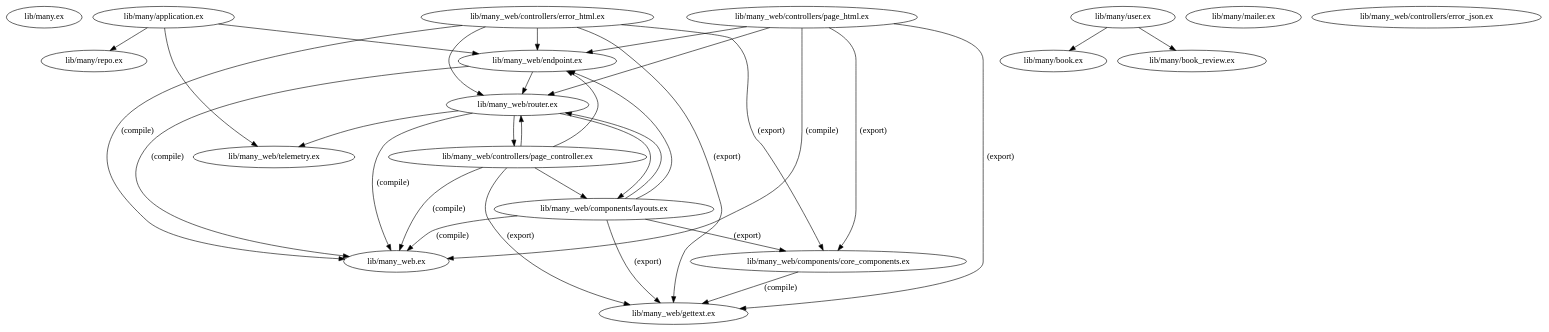
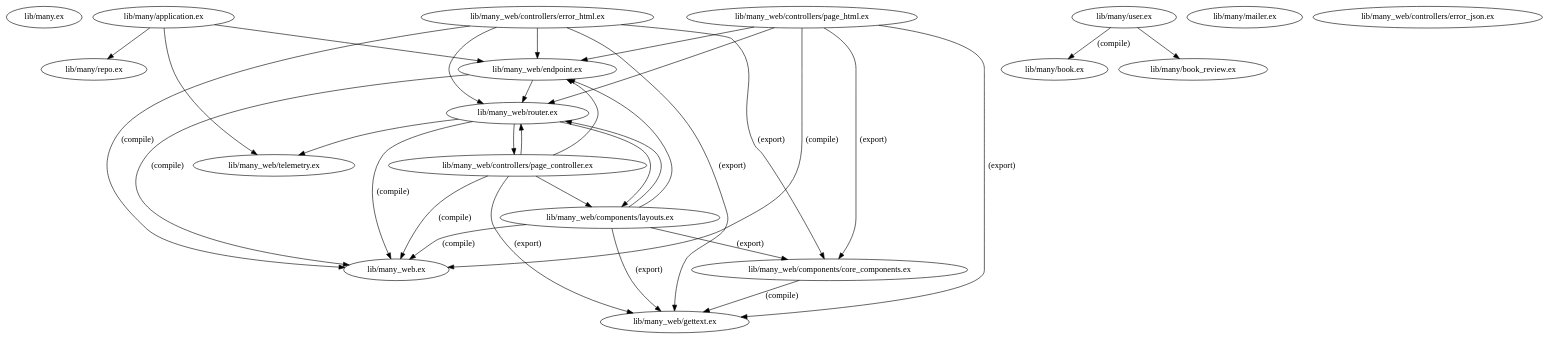
The diagram in xref_graph.dot (axelson/typed_ecto_schema_repro), drawn with Graphviz before and after one commit. The commit also changed 3 other files, not shown here.

Commit message:
Add typed ecto schema

```diff
--- a/xref_graph.dot
+++ b/xref_graph.dot
@@ -1,52 +1,52 @@
 digraph "xref graph" {
   "lib/many.ex"
   "lib/many/application.ex"
   "lib/many/application.ex" -> "lib/many/repo.ex"
   "lib/many/application.ex" -> "lib/many_web/endpoint.ex"
   "lib/many_web/endpoint.ex" -> "lib/many_web.ex" [label="(compile)"]
   "lib/many_web/endpoint.ex" -> "lib/many_web/router.ex"
   "lib/many_web/router.ex" -> "lib/many_web.ex" [label="(compile)"]
   "lib/many_web/router.ex" -> "lib/many_web/components/layouts.ex"
   "lib/many_web/components/layouts.ex" -> "lib/many_web.ex" [label="(compile)"]
   "lib/many_web/components/layouts.ex" -> "lib/many_web/components/core_components.ex" [label="(export)"]
   "lib/many_web/components/core_components.ex" -> "lib/many_web/gettext.ex" [label="(compile)"]
   "lib/many_web/components/layouts.ex" -> "lib/many_web/endpoint.ex"
   "lib/many_web/components/layouts.ex" -> "lib/many_web/gettext.ex" [label="(export)"]
   "lib/many_web/components/layouts.ex" -> "lib/many_web/router.ex"
   "lib/many_web/router.ex" -> "lib/many_web/controllers/page_controller.ex"
   "lib/many_web/controllers/page_controller.ex" -> "lib/many_web.ex" [label="(compile)"]
   "lib/many_web/controllers/page_controller.ex" -> "lib/many_web/components/layouts.ex"
   "lib/many_web/controllers/page_controller.ex" -> "lib/many_web/endpoint.ex"
   "lib/many_web/controllers/page_controller.ex" -> "lib/many_web/gettext.ex" [label="(export)"]
   "lib/many_web/controllers/page_controller.ex" -> "lib/many_web/router.ex"
   "lib/many_web/router.ex" -> "lib/many_web/telemetry.ex"
   "lib/many/application.ex" -> "lib/many_web/telemetry.ex"
   "lib/many/book.ex"
   "lib/many/book_review.ex"
   "lib/many/mailer.ex"
   "lib/many/repo.ex"
   "lib/many/user.ex"
-  "lib/many/user.ex" -> "lib/many/book.ex"
+  "lib/many/user.ex" -> "lib/many/book.ex" [label="(compile)"]
   "lib/many/user.ex" -> "lib/many/book_review.ex"
   "lib/many_web.ex"
   "lib/many_web/components/core_components.ex"
   "lib/many_web/components/layouts.ex"
   "lib/many_web/controllers/error_html.ex"
   "lib/many_web/controllers/error_html.ex" -> "lib/many_web.ex" [label="(compile)"]
   "lib/many_web/controllers/error_html.ex" -> "lib/many_web/components/core_components.ex" [label="(export)"]
   "lib/many_web/controllers/error_html.ex" -> "lib/many_web/endpoint.ex"
   "lib/many_web/controllers/error_html.ex" -> "lib/many_web/gettext.ex" [label="(export)"]
   "lib/many_web/controllers/error_html.ex" -> "lib/many_web/router.ex"
   "lib/many_web/controllers/error_json.ex"
   "lib/many_web/controllers/page_controller.ex"
   "lib/many_web/controllers/page_html.ex"
   "lib/many_web/controllers/page_html.ex" -> "lib/many_web.ex" [label="(compile)"]
   "lib/many_web/controllers/page_html.ex" -> "lib/many_web/components/core_components.ex" [label="(export)"]
   "lib/many_web/controllers/page_html.ex" -> "lib/many_web/endpoint.ex"
   "lib/many_web/controllers/page_html.ex" -> "lib/many_web/gettext.ex" [label="(export)"]
   "lib/many_web/controllers/page_html.ex" -> "lib/many_web/router.ex"
   "lib/many_web/endpoint.ex"
   "lib/many_web/gettext.ex"
   "lib/many_web/router.ex"
   "lib/many_web/telemetry.ex"
 }
```
